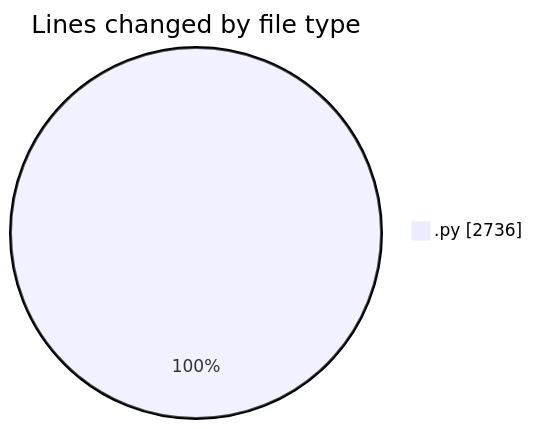
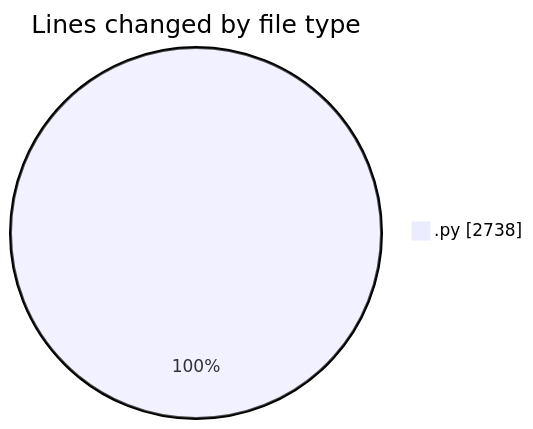
One commit to julien-gomy/code-tracking changed the first of 2 diagrams in 2025-11-24/eventscop-api-guide__workspace_/README.md. Above: the diagram before and after it, drawn with Mermaid. The commit also changed other lines of this file and 1 other file, not shown here.

````diff
--- a/2025-11-24/eventscop-api-guide__workspace_/README.md
+++ b/2025-11-24/eventscop-api-guide__workspace_/README.md
@@ -24,5 +24,5 @@
 ```mermaid
 pie showData
 title Lines changed by file type
-".py" : 2736
+".py" : 2738
 ```
````
